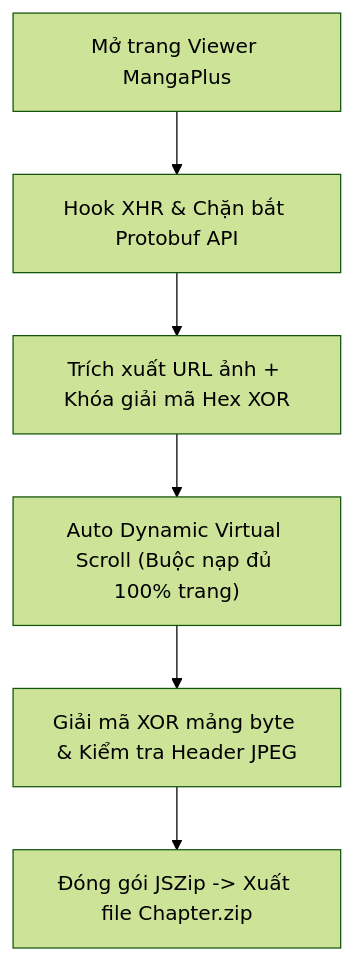
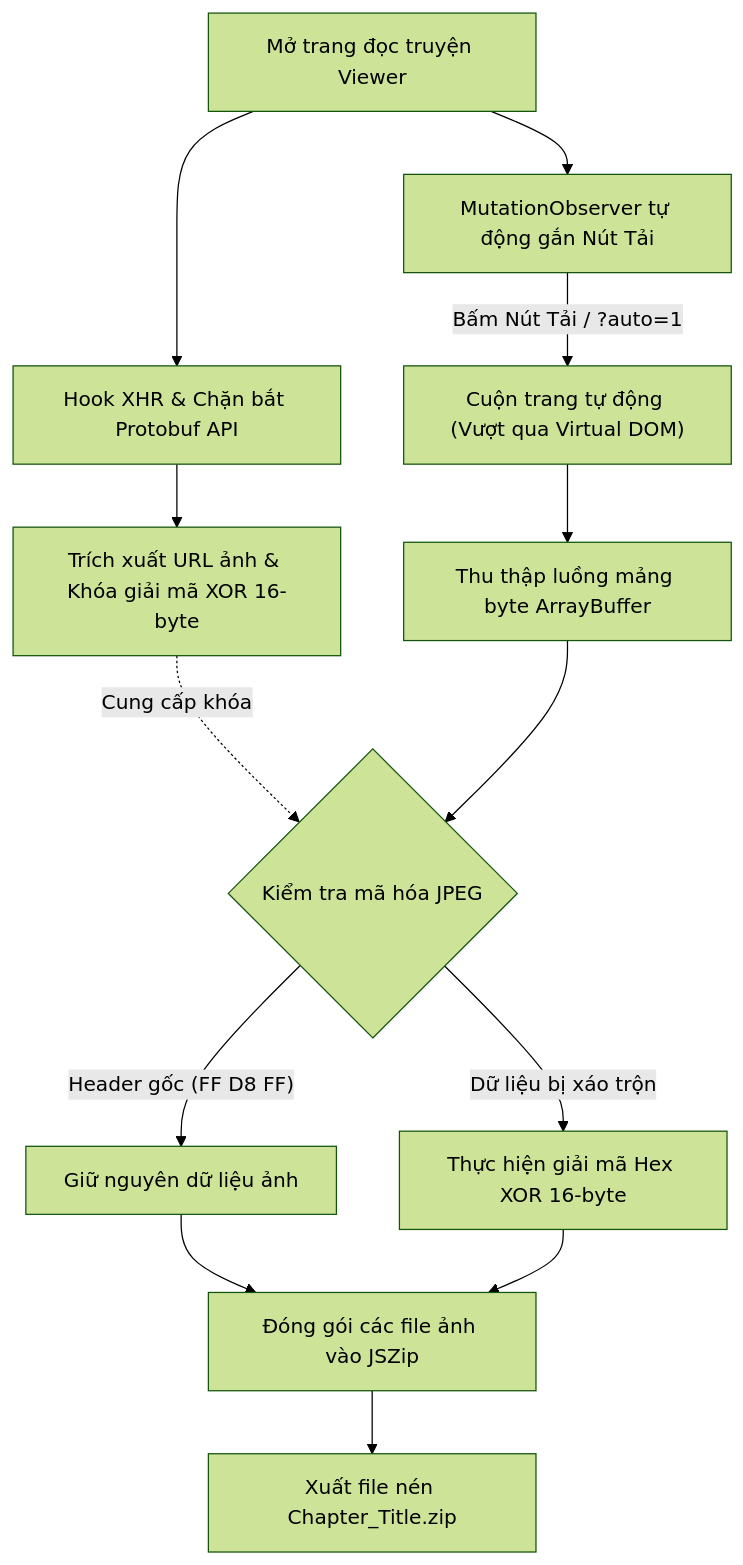
The diagram in README.vn.md (toannguyen3105/mangaplus-downloader), drawn with Mermaid (forest theme) before and after one commit. The commit also changed other lines of this file and 1 other file, not shown here.

Commit message:
docs: enhance Mermaid architecture flowchart in README.md & README.vn.md

````diff
--- a/README.vn.md
+++ b/README.vn.md
@@ -43,8 +43,15 @@
 ```mermaid
 flowchart TD
-    A["Mở trang Viewer MangaPlus"] --> B["Hook XHR & Chặn bắt Protobuf API"]
-    B --> C["Trích xuất URL ảnh + Khóa giải mã Hex XOR"]
-    C --> D["Auto Dynamic Virtual Scroll (Buộc nạp đủ 100% trang)"]
-    D --> E["Giải mã XOR mảng byte & Kiểm tra Header JPEG"]
-    E --> F["Đóng gói JSZip -> Xuất file Chapter.zip"]
+    A["Mở trang đọc truyện Viewer"] --> B["MutationObserver tự động gắn Nút Tải"]
+    A --> C["Hook XHR & Chặn bắt Protobuf API"]
+    C --> D["Trích xuất URL ảnh & Khóa giải mã XOR 16-byte"]
+    B -- "Bấm Nút Tải / ?auto=1" --> E["Cuộn trang tự động (Vượt qua Virtual DOM)"]
+    E --> F["Thu thập luồng mảng byte ArrayBuffer"]
+    D -. "Cung cấp khóa" .-> G{"Kiểm tra mã hóa JPEG"}
+    F --> G
+    G -- "Header gốc (FF D8 FF)" --> H["Giữ nguyên dữ liệu ảnh"]
+    G -- "Dữ liệu bị xáo trộn" --> I["Thực hiện giải mã Hex XOR 16-byte"]
+    H --> J["Đóng gói các file ảnh vào JSZip"]
+    I --> J
+    J --> K["Xuất file nén Chapter_Title.zip"]
 ```
````
